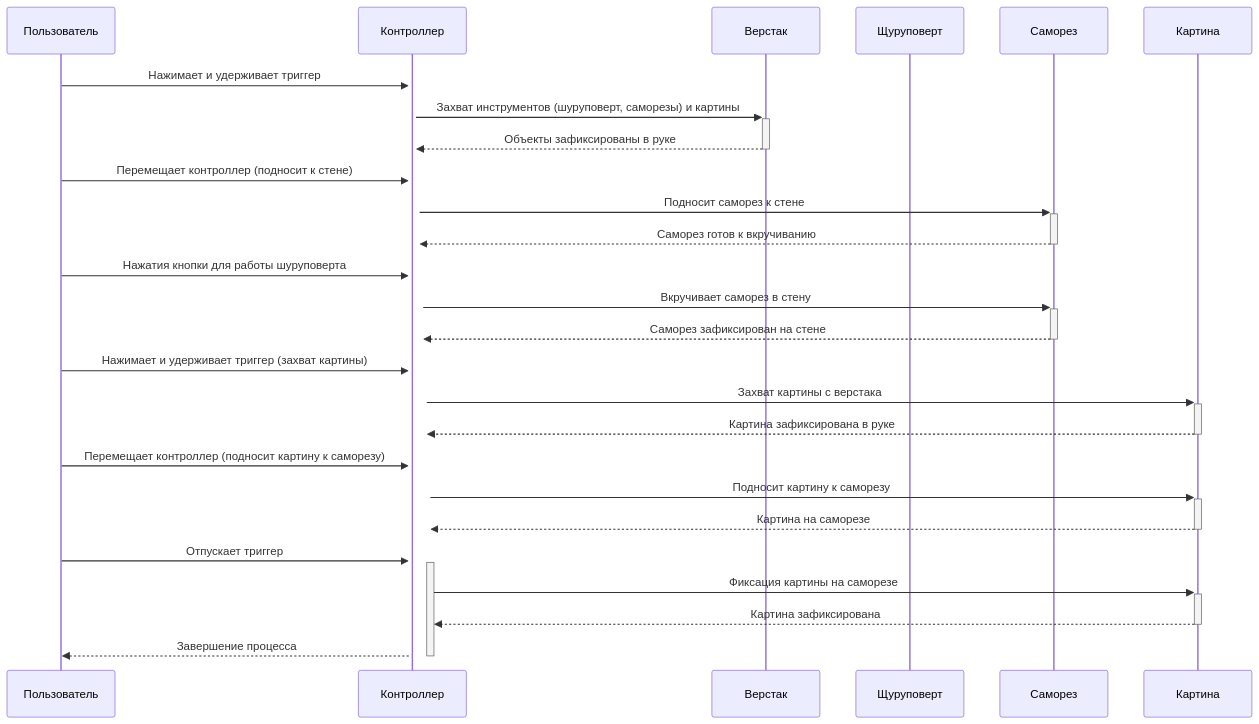
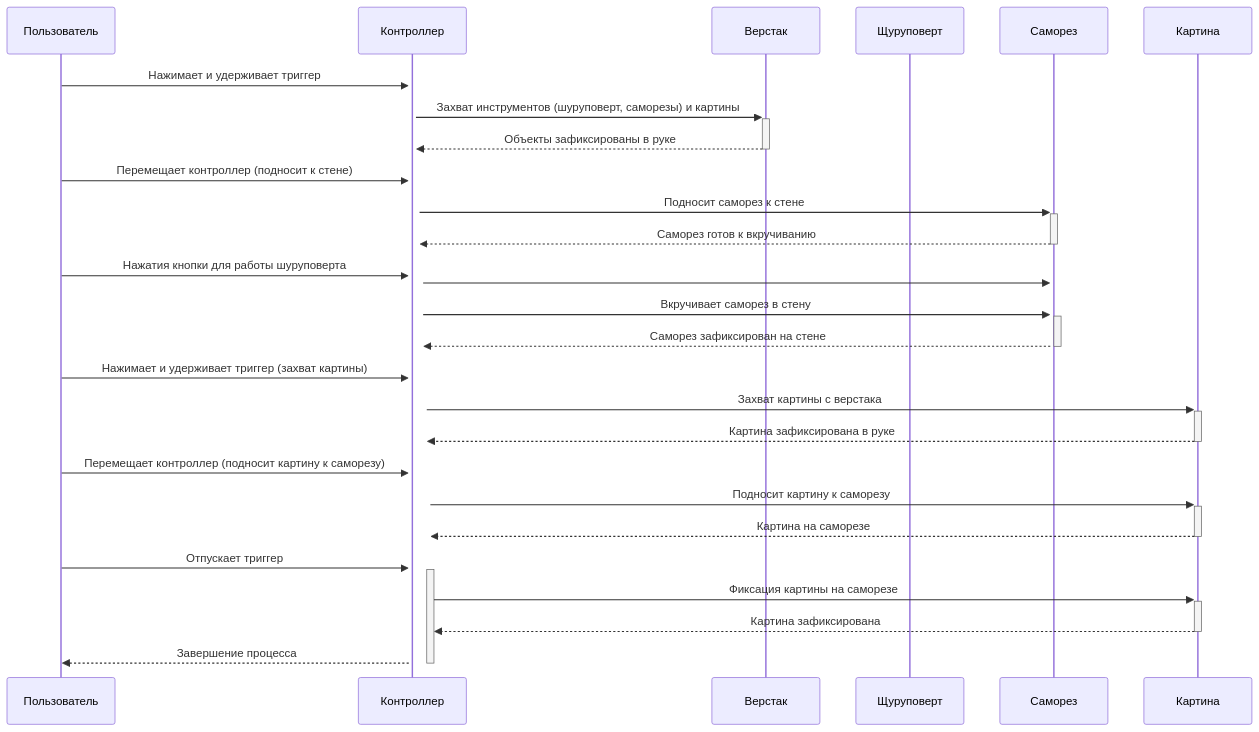
Before and after one commit to NerdyCep/iodraw-files: the diagram in all/не называться-1.md, drawn with Mermaid.

Commit message:
2025-02-25 18:26:17 update

````diff
--- a/all/не называться-1.md
+++ b/all/не называться-1.md
@@ -1,31 +1,31 @@
 ```mermaid
 sequenceDiagram
     participant Пользователь
     participant Контроллер
     participant Верстак
     participant Щуруповерт
     participant Саморез
     participant Картина
     
 
     Пользователь->>+Контроллер: Нажимает и удерживает триггер
     Контроллер->>+Верстак: Захват инструментов (шуруповерт, саморезы) и картины
     Верстак-->>-Контроллер: Объекты зафиксированы в руке
     Пользователь->>+Контроллер: Перемещает контроллер (подносит к стене)
     Контроллер->>+Саморез: Подносит саморез к стене
     Саморез-->>-Контроллер: Саморез готов к вкручиванию
     Пользователь->>+Контроллер: Нажатия кнопки для работы шуруповерта
-    
+    Контроллер->>+Саморез:
     Контроллер->>+Саморез: Вкручивает саморез в стену
     Саморез-->>-Контроллер: Саморез зафиксирован на стене
     Пользователь->>+Контроллер: Нажимает и удерживает триггер (захват картины)
     Контроллер->>+Картина: Захват картины с верстака
     Картина-->>-Контроллер: Картина зафиксирована в руке
     Пользователь->>+Контроллер: Перемещает контроллер (подносит картину к саморезу)
     Контроллер->>+Картина: Подносит картину к саморезу
     Картина-->>-Контроллер: Картина на саморезе
     Пользователь->>+Контроллер: Отпускает триггер
     Контроллер->>+Картина: Фиксация картины на саморезе
     Картина-->>-Контроллер: Картина зафиксирована
     Контроллер-->>-Пользователь: Завершение процесса
 ```
````
